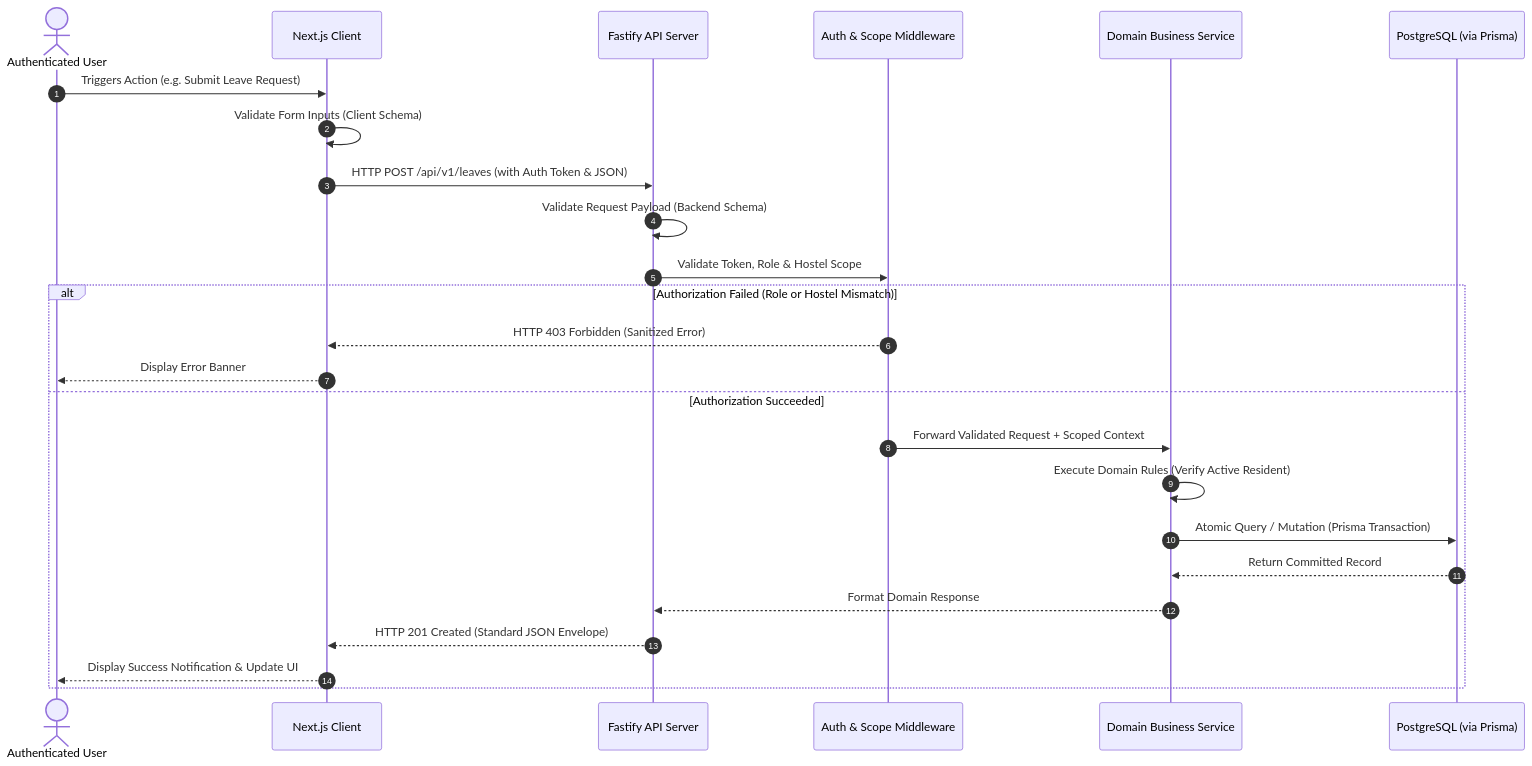
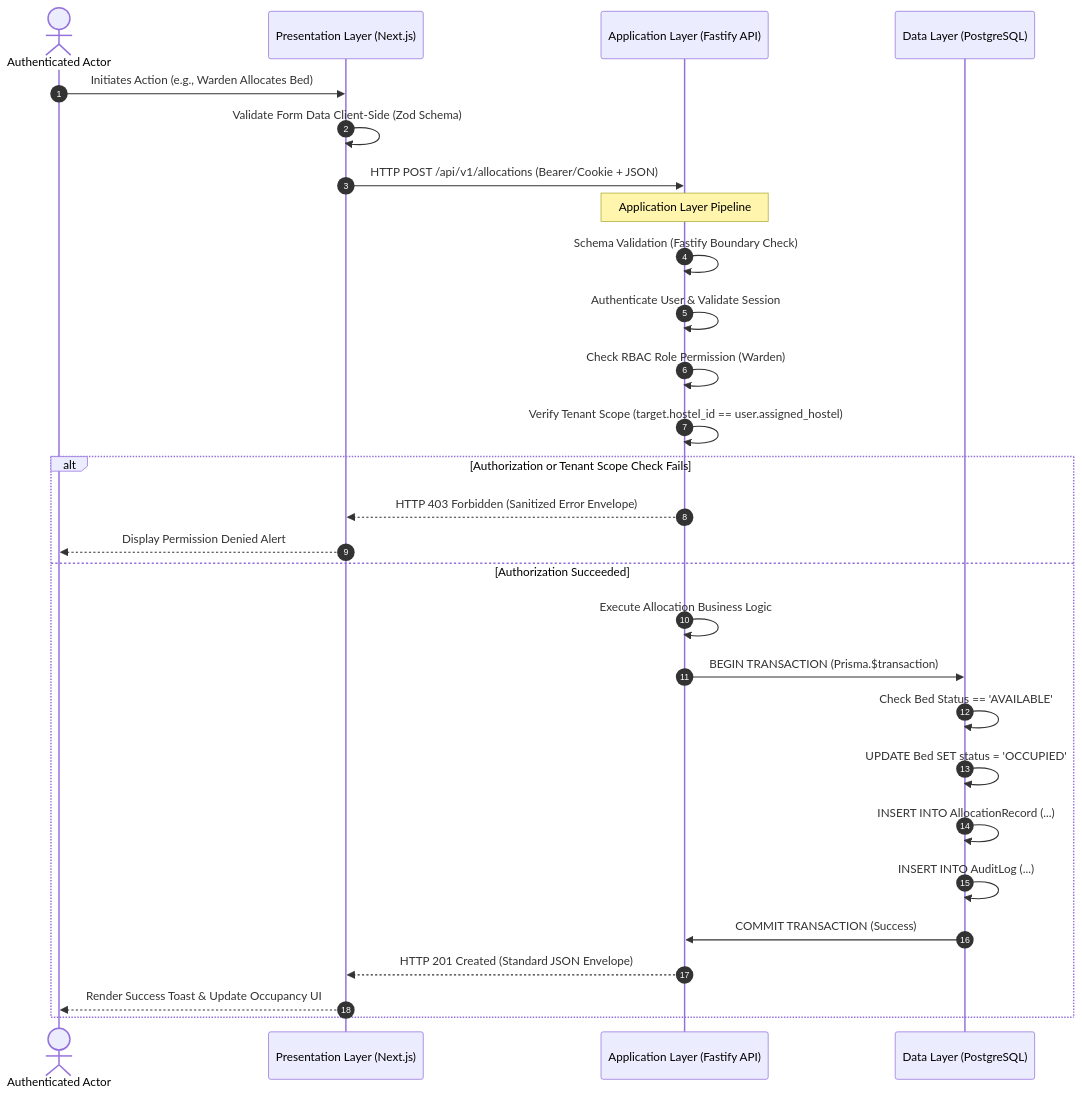
Before and after one commit to Sayam09das/Nestora: the second of 5 diagrams in docs/06-system-architecture.md, drawn with Mermaid. The commit also changed other lines of this file, not shown here.

Commit message:
docs: update system architecture specification with 3-tier model and architecture diagrams

````diff
--- a/docs/06-system-architecture.md
+++ b/docs/06-system-architecture.md
@@ -533,28 +176,33 @@
 ```mermaid
 sequenceDiagram
   autonumber
-  actor User as Authenticated User
-  participant Client as Next.js Client
-  participant API as Fastify API Server
-  participant Auth as Auth & Scope Middleware
-  participant Service as Domain Business Service
-  participant DB as PostgreSQL (via Prisma)
+  actor User as Authenticated Actor
+  participant Tier1 as Presentation Layer (Next.js)
+  participant Tier2 as Application Layer (Fastify API)
+  participant Tier3 as Data Layer (PostgreSQL)
 
-  User->>Client: Triggers Action (e.g. Submit Leave Request)
-  Client->>Client: Validate Form Inputs (Client Schema)
-  Client->>API: HTTP POST /api/v1/leaves (with Auth Token & JSON)
-  API->>API: Validate Request Payload (Backend Schema)
-  API->>Auth: Validate Token, Role & Hostel Scope
-  alt Authorization Failed (Role or Hostel Mismatch)
-    Auth-->>Client: HTTP 403 Forbidden (Sanitized Error)
-    Client-->>User: Display Error Banner
+  User->>Tier1: Initiates Action (e.g., Warden Allocates Bed)
+  Tier1->>Tier1: Validate Form Data Client-Side (Zod Schema)
+  Tier1->>Tier2: HTTP POST /api/v1/allocations (Bearer/Cookie + JSON)
+  
+  Note over Tier2: Application Layer Pipeline
+  Tier2->>Tier2: Schema Validation (Fastify Boundary Check)
+  Tier2->>Tier2: Authenticate User & Validate Session
+  Tier2->>Tier2: Check RBAC Role Permission (Warden)
+  Tier2->>Tier2: Verify Tenant Scope (target.hostel_id == user.assigned_hostel)
+  
+  alt Authorization or Tenant Scope Check Fails
+    Tier2-->>Tier1: HTTP 403 Forbidden (Sanitized Error Envelope)
+    Tier1-->>User: Display Permission Denied Alert
   else Authorization Succeeded
-    Auth->>Service: Forward Validated Request + Scoped Context
-    Service->>Service: Execute Domain Rules (Verify Active Resident)
-    Service->>DB: Atomic Query / Mutation (Prisma Transaction)
-    DB-->>Service: Return Committed Record
-    Service-->>API: Format Domain Response
-    API-->>Client: HTTP 201 Created (Standard JSON Envelope)
-    Client-->>User: Display Success Notification & Update UI
+    Tier2->>Tier2: Execute Allocation Business Logic
+    Tier2->>Tier3: BEGIN TRANSACTION (Prisma.$transaction)
+    Tier3->>Tier3: Check Bed Status == 'AVAILABLE'
+    Tier3->>Tier3: UPDATE Bed SET status = 'OCCUPIED'
+    Tier3->>Tier3: INSERT INTO AllocationRecord (...)
+    Tier3->>Tier3: INSERT INTO AuditLog (...)
+    Tier3->>Tier2: COMMIT TRANSACTION (Success)
+    Tier2-->>Tier1: HTTP 201 Created (Standard JSON Envelope)
+    Tier1-->>User: Render Success Toast & Update Occupancy UI
   end
 ```
````
